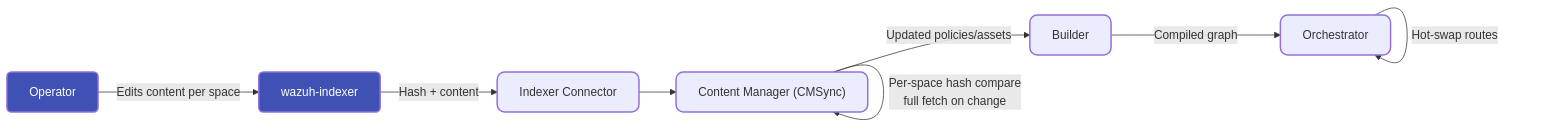
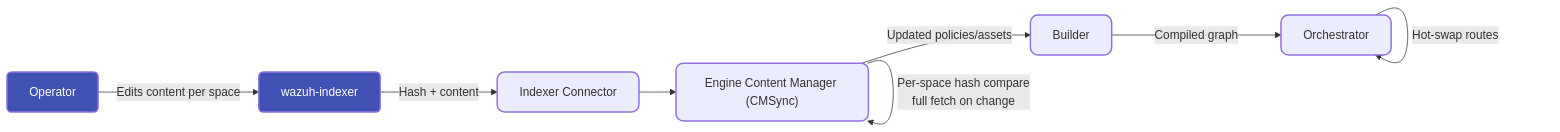
One commit to wazuh/wazuh changed the third of 3 diagrams in docs/ref/modules/engine/architecture.md. Above: the diagram before and after it, drawn with Mermaid. The commit also changed other lines of this file and 3 other files, not shown here.

````diff
--- a/docs/ref/modules/engine/architecture.md
+++ b/docs/ref/modules/engine/architecture.md
@@ -177,21 +181,21 @@
 ```mermaid
 flowchart LR
 
 classDef ExternalClass fill:#3f51b5,color:#fff,stroke-width:2px,rx:6,ry:6
 classDef ModuleClass stroke-width:2px,rx:10,ry:10
 
 operator["Operator"]:::ExternalClass
 indexer["wazuh-indexer"]:::ExternalClass
 ic["Indexer Connector"]:::ModuleClass
-cm["Content Manager (CMSync)"]:::ModuleClass
+cm["Engine Content Manager (CMSync)"]:::ModuleClass
 builder["Builder"]:::ModuleClass
 orchestrator["Orchestrator"]:::ModuleClass
 
 operator -- "Edits content per space" --> indexer
 indexer -- "Hash + content" --> ic
 ic --> cm
 cm -- "Per-space hash compare<br/>full fetch on change" --> cm
 cm -- "Updated policies/assets" --> builder
 builder -- "Compiled graph" --> orchestrator
 orchestrator -- "Hot-swap routes" --> orchestrator
 ```
````
